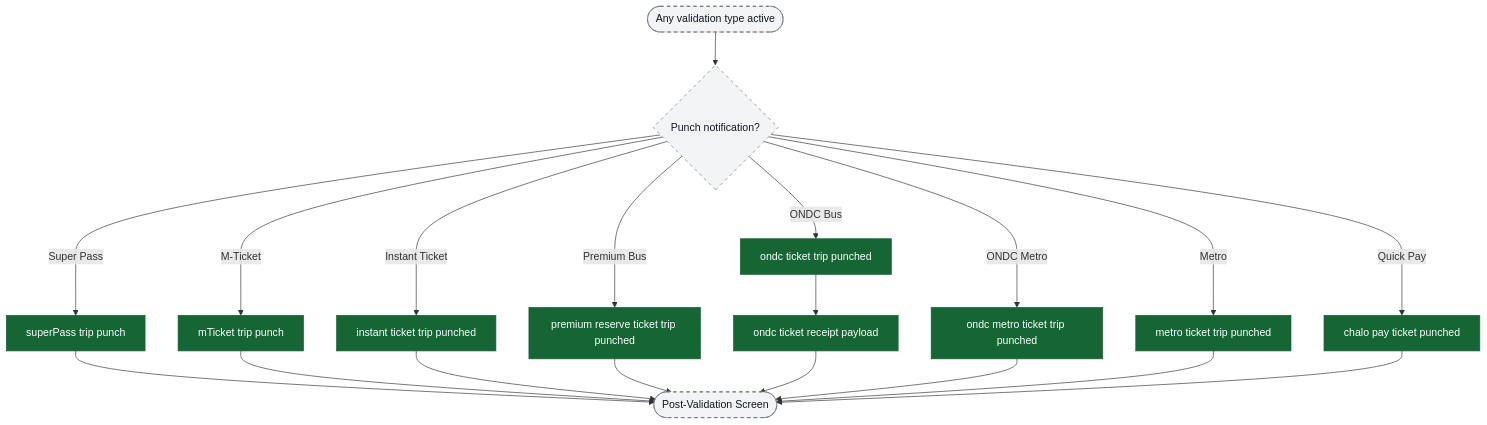
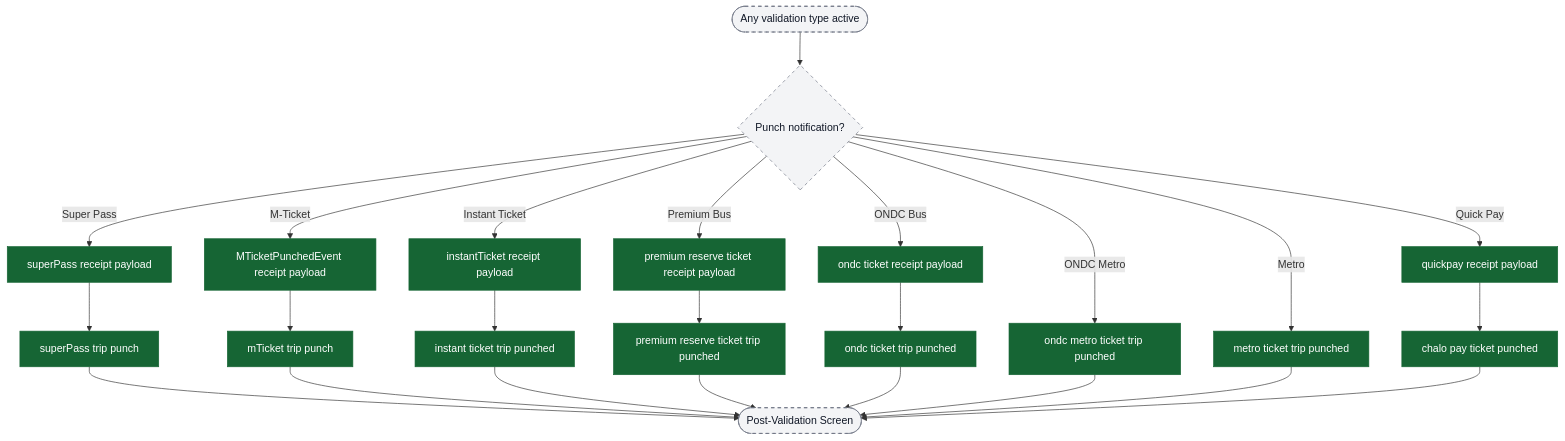
The seventh of 9 diagrams in content/analytics/validation/flow-diagrams.md (ratulsarna/chalo-app-dashboard), drawn with Mermaid before and after one commit. The commit also changed other lines of this file and 2 other files, not shown here.

First line of the commit message:
refactor: update flow diagrams for validation events and user interactions

````diff
--- a/content/analytics/validation/flow-diagrams.md
+++ b/content/analytics/validation/flow-diagrams.md
@@ -196,30 +213,41 @@
 ```mermaid
 flowchart TD
   ui_validation([Any validation type active]) --> ui_punchReceived{Punch notification?}
 
-  ui_punchReceived -->|Super Pass| ev_spPunch["superPass trip punch"]
-  ui_punchReceived -->|M-Ticket| ev_mtPunch["mTicket trip punch"]
-  ui_punchReceived -->|Instant Ticket| ev_itPunch["instant ticket trip punched"]
-  ui_punchReceived -->|Premium Bus| ev_pbPunch["premium reserve ticket trip punched"]
-  ui_punchReceived -->|ONDC Bus| ev_ondcPunch["ondc ticket trip punched"]
+  ui_punchReceived -->|Super Pass| ev_spPayload["superPass receipt payload"]
+  ev_spPayload --> ev_spPunch["superPass trip punch"]
+
+  ui_punchReceived -->|M-Ticket| ev_mtPayload["MTicketPunchedEvent receipt payload"]
+  ev_mtPayload --> ev_mtPunch["mTicket trip punch"]
+
+  ui_punchReceived -->|Instant Ticket| ev_itPayload["instantTicket receipt payload"]
+  ev_itPayload --> ev_itPunch["instant ticket trip punched"]
+
+  ui_punchReceived -->|Premium Bus| ev_pbPayload["premium reserve ticket receipt payload"]
+  ev_pbPayload --> ev_pbPunch["premium reserve ticket trip punched"]
+
+  ui_punchReceived -->|ONDC Bus| ev_ondcPayload["ondc ticket receipt payload"]
+  ev_ondcPayload --> ev_ondcPunch["ondc ticket trip punched"]
+
   ui_punchReceived -->|ONDC Metro| ev_ondcMetroPunch["ondc metro ticket trip punched"]
   ui_punchReceived -->|Metro| ev_metroPunch["metro ticket trip punched"]
-  ui_punchReceived -->|Quick Pay| ev_qpPunch["chalo pay ticket punched"]
+
+  ui_punchReceived -->|Quick Pay| ev_qpPayload["quickpay receipt payload"]
+  ev_qpPayload --> ev_qpPunch["chalo pay ticket punched"]
 
   ev_spPunch --> ui_postValidation([Post-Validation Screen])
   ev_mtPunch --> ui_postValidation
   ev_itPunch --> ui_postValidation
   ev_pbPunch --> ui_postValidation
-  ev_ondcPunch --> ev_ondcReceiptPayload["ondc ticket receipt payload"]
-  ev_ondcReceiptPayload --> ui_postValidation
+  ev_ondcPunch --> ui_postValidation
   ev_ondcMetroPunch --> ui_postValidation
   ev_metroPunch --> ui_postValidation
   ev_qpPunch --> ui_postValidation
 
   classDef event fill:#166534,stroke:#166534,color:#ffffff;
   classDef ui fill:#f3f4f6,stroke:#6b7280,stroke-dasharray: 5 5,color:#111827;
   classDef external fill:#ffffff,stroke:#6b7280,stroke-dasharray: 3 3,color:#111827;
 
-  class ev_spPunch,ev_mtPunch,ev_itPunch,ev_pbPunch,ev_ondcPunch,ev_ondcReceiptPayload,ev_ondcMetroPunch,ev_metroPunch,ev_qpPunch event;
+  class ev_spPayload,ev_spPunch,ev_mtPayload,ev_mtPunch,ev_itPayload,ev_itPunch,ev_pbPayload,ev_pbPunch,ev_ondcPayload,ev_ondcPunch,ev_ondcMetroPunch,ev_metroPunch,ev_qpPayload,ev_qpPunch event;
   class ui_validation,ui_punchReceived,ui_postValidation ui;
 ```
````
